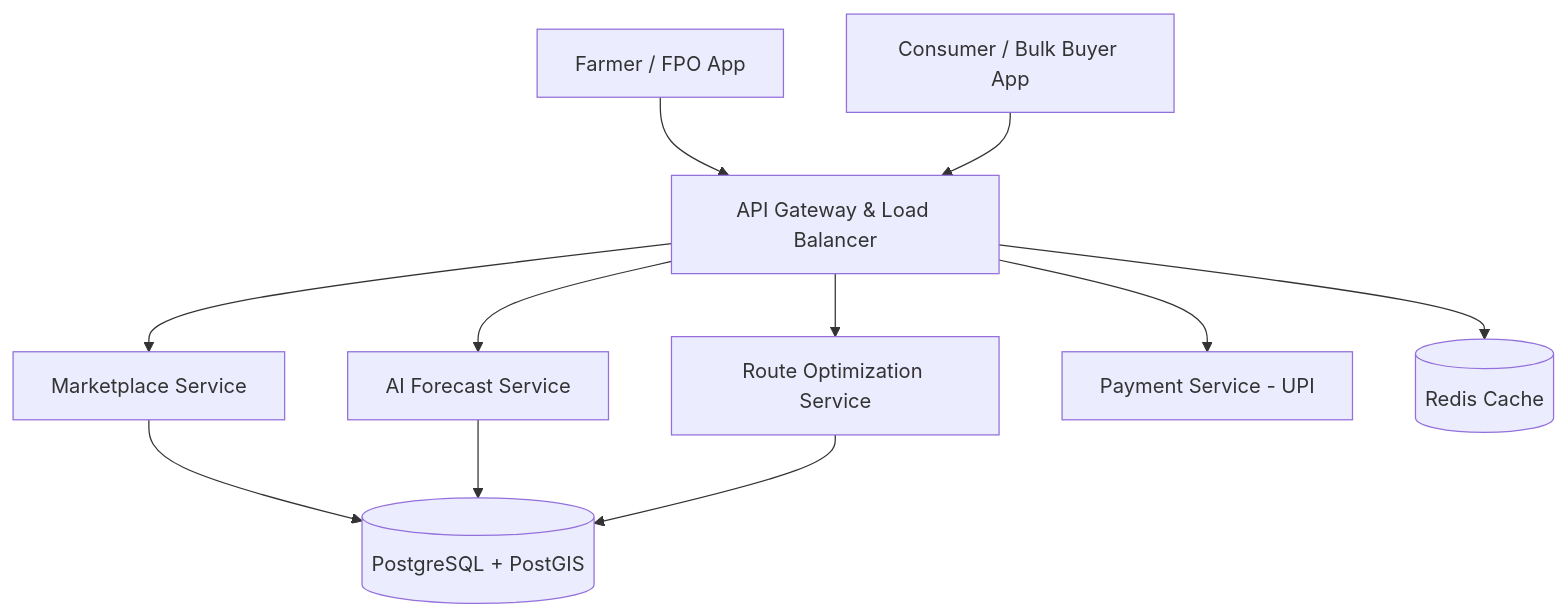
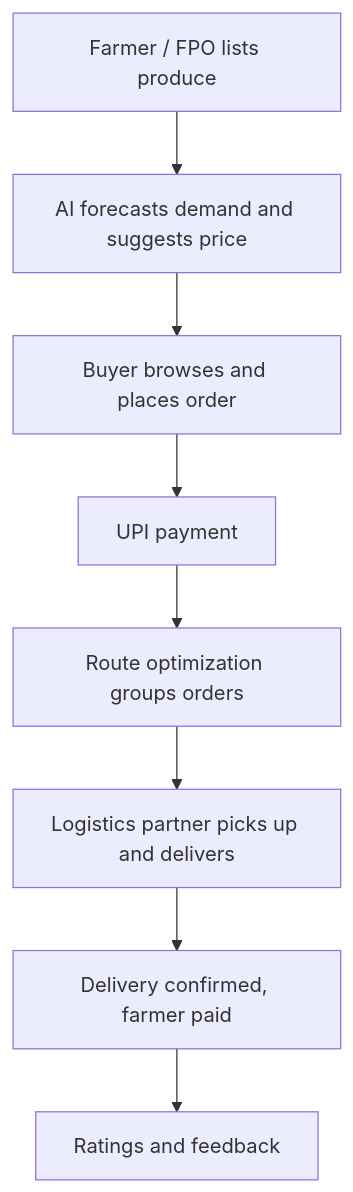
One commit to SarveshKR-1812/SIH-26 changed the diagram in README.md. Above: the diagram before and after it, drawn with Mermaid. The commit also changed other lines of this file, not shown here.

````diff
--- a/README.md
+++ b/README.md
@@ -44,13 +73,10 @@
 ```mermaid
 flowchart TD
-    A[Farmer / FPO App] --> G[API Gateway & Load Balancer]
-    B[Consumer / Bulk Buyer App] --> G
-    G --> C[Marketplace Service]
-    G --> D[AI Forecast Service]
-    G --> E[Route Optimization Service]
-    G --> F[Payment Service - UPI]
-    C --> H[(PostgreSQL + PostGIS)]
-    D --> H
-    E --> H
-    G --> I[(Redis Cache)]
+    A[Farmer / FPO lists produce] --> B[AI forecasts demand and suggests price]
+    B --> C[Buyer browses and places order]
+    C --> D[UPI payment]
+    D --> E[Route optimization groups orders]
+    E --> F[Logistics partner picks up and delivers]
+    F --> G[Delivery confirmed, farmer paid]
+    G --> H[Ratings and feedback]
 ```
````
